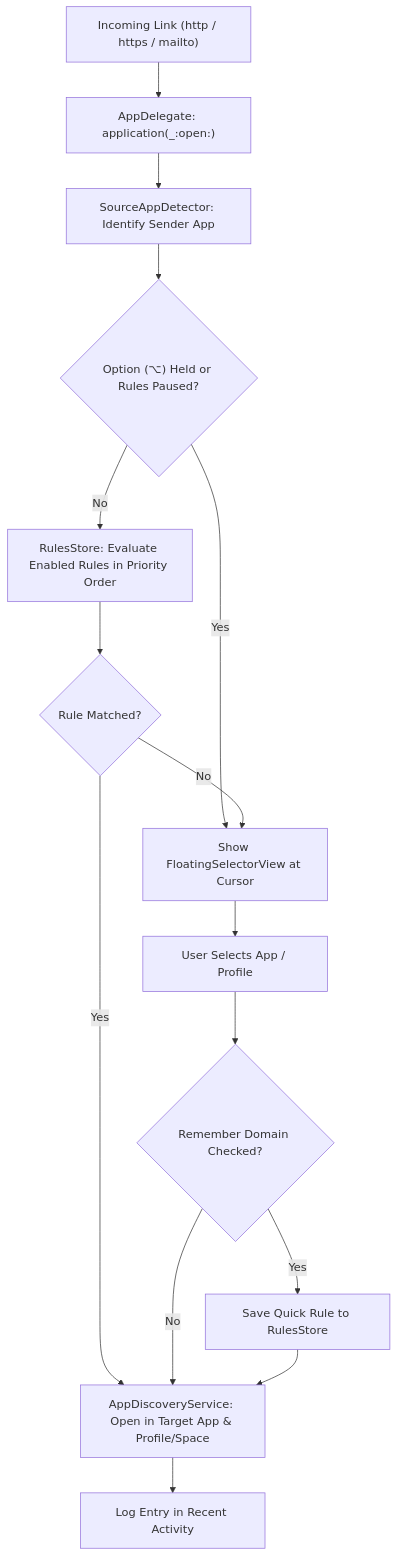
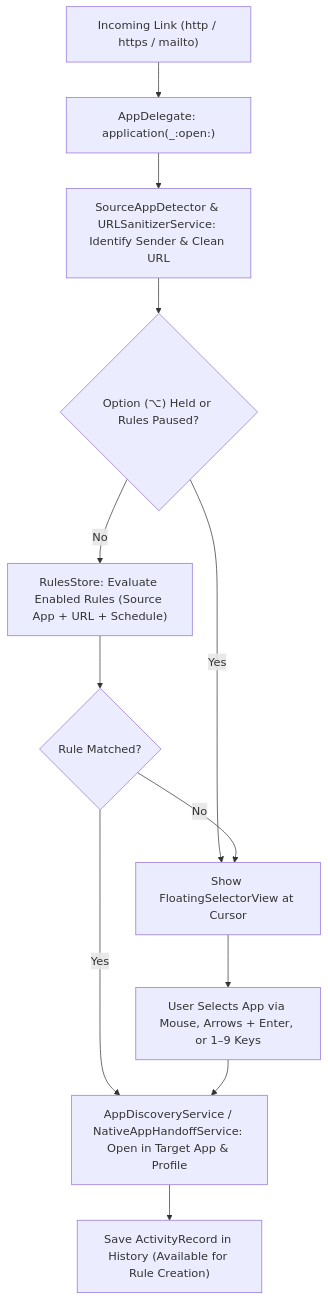
One commit to alejandro-llanes/maxguspicker1824 changed the diagram in README.md. Above: the diagram before and after it, drawn with Mermaid. The commit also changed other lines of this file and 16 other files, not shown here.

Commit message:
feat: add power-user shortcuts, URL sanitizer, native app handoff, rule schedules, templates, JSON export/import, and automated DMG release workflow

````diff
--- a/README.md
+++ b/README.md
@@ -80,17 +84,14 @@
 ```mermaid
 flowchart TD
     A["Incoming Link (http / https / mailto)"] --> B["AppDelegate: application(_:open:)"]
-    B --> C["SourceAppDetector: Identify Sender App"]
+    B --> C["SourceAppDetector & URLSanitizerService: Identify Sender & Clean URL"]
     C --> D{"Option (⌥) Held or Rules Paused?"}
     D -- "Yes" --> G["Show FloatingSelectorView at Cursor"]
-    D -- "No" --> E["RulesStore: Evaluate Enabled Rules in Priority Order"]
+    D -- "No" --> E["RulesStore: Evaluate Enabled Rules (Source App + URL + Schedule)"]
     E --> F{"Rule Matched?"}
-    F -- "Yes" --> H["AppDiscoveryService: Open in Target App & Profile/Space"]
+    F -- "Yes" --> H["AppDiscoveryService / NativeAppHandoffService: Open in Target App & Profile"]
     F -- "No" --> G
-    G --> I["User Selects App / Profile"]
-    I --> J{"Remember Domain Checked?"}
-    J -- "Yes" --> K["Save Quick Rule to RulesStore"]
-    J -- "No" --> H
-    K --> H
-    H --> L["Log Entry in Recent Activity"]
+    G --> I["User Selects App via Mouse, Arrows + Enter, or 1–9 Keys"]
+    I --> H
+    H --> L["Save ActivityRecord in History (Available for Rule Creation)"]
 ```
````
